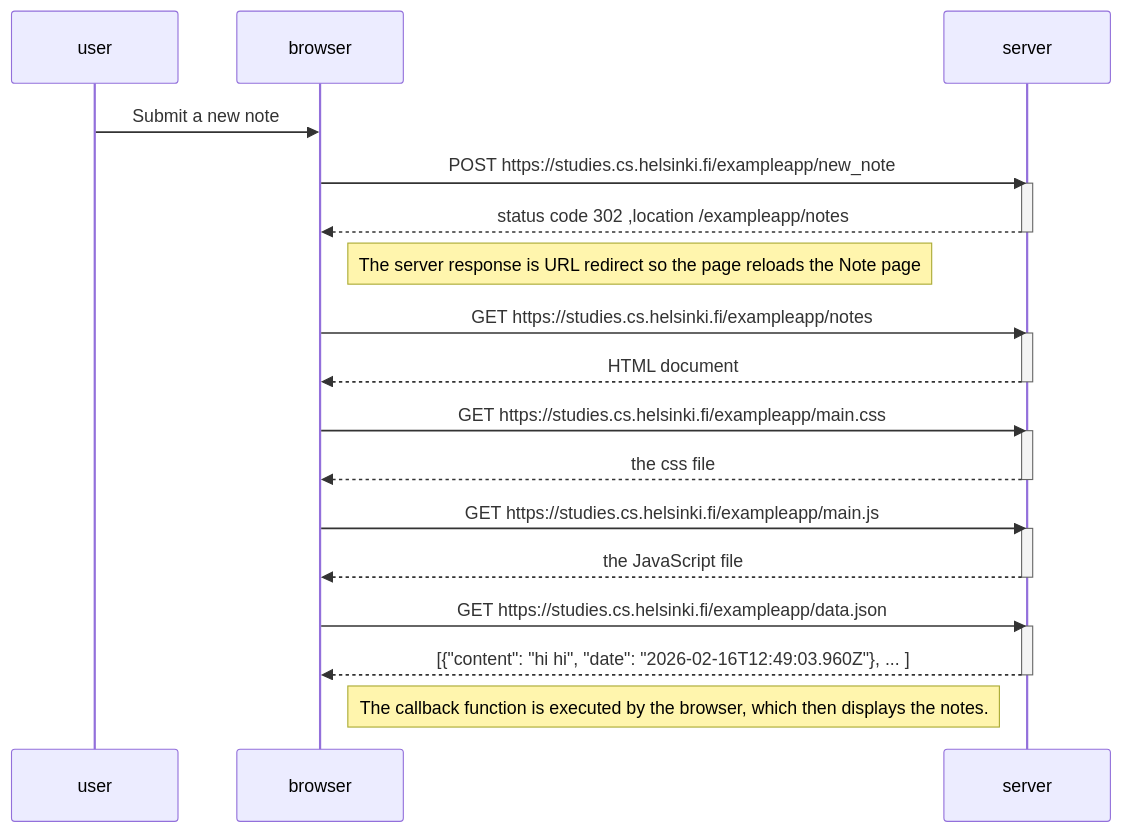
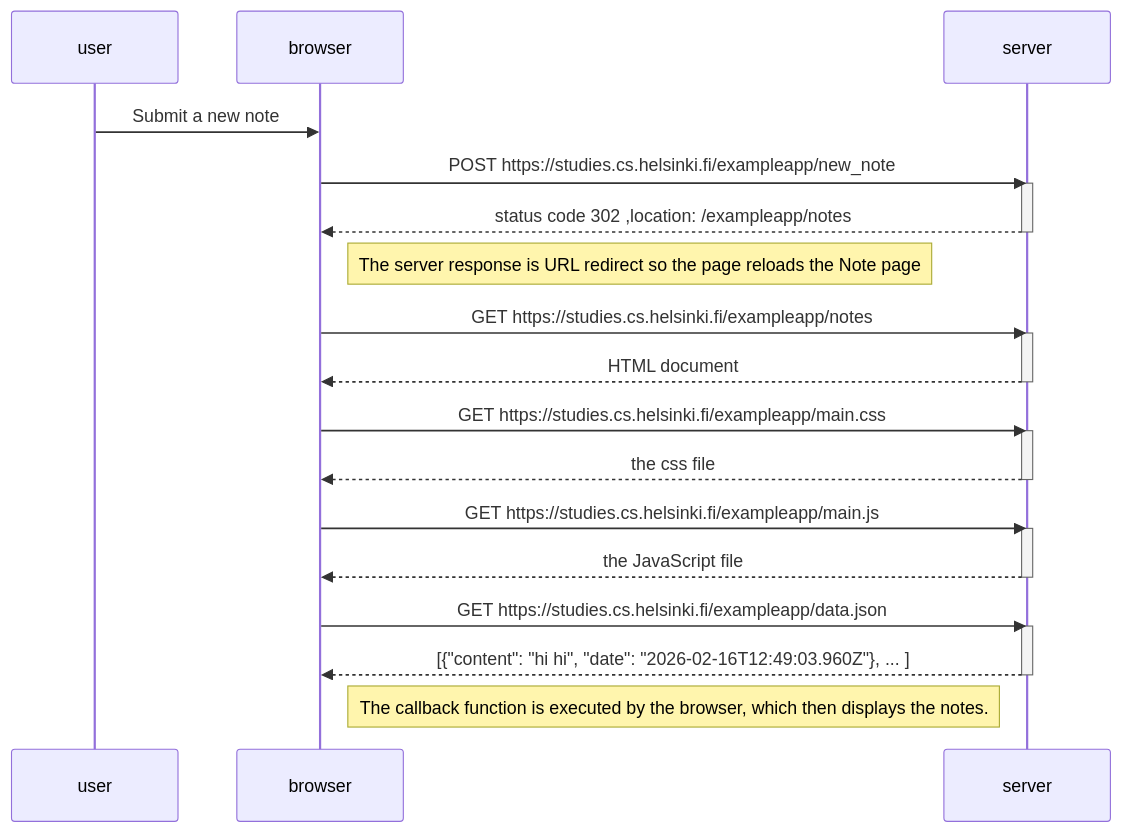
One commit to ethio-man/Submission changed the diagram in part0/Exercise0.4 .md. Above: the diagram before and after it, drawn with Mermaid.

Commit message:
Update Exercise0.4 .md

````diff
--- a/part0/Exercise0.4 .md
+++ b/part0/Exercise0.4 .md
@@ -1,38 +1,38 @@
 ```mermaid
 sequenceDiagram
     participant user
     participant browser
     participant server
 
    user->>browser: Submit a new note
 
     browser->>server: POST https://studies.cs.helsinki.fi/exampleapp/new_note
     activate server
-    server-->>browser: status code 302 ,location /exampleapp/notes
+    server-->>browser: status code 302 ,location: /exampleapp/notes
     deactivate server
 
 Note right of browser: The server response is URL redirect so the page reloads the Note page
 
     browser->>server: GET https://studies.cs.helsinki.fi/exampleapp/notes
     activate server
     server-->>browser: HTML document
     deactivate server
 
     browser->>server: GET https://studies.cs.helsinki.fi/exampleapp/main.css
     activate server
     server-->>browser: the css file
     deactivate server
 
     browser->>server: GET https://studies.cs.helsinki.fi/exampleapp/main.js
     activate server
     server-->>browser: the JavaScript file
     deactivate server
 
     browser->>server: GET https://studies.cs.helsinki.fi/exampleapp/data.json
     activate server
     server-->>browser: [{"content": "hi hi", "date": "2026-02-16T12:49:03.960Z"}, ... ]
     deactivate server
 
     Note right of browser: The callback function is executed by the browser, which then displays the notes.
 
 ```
````
